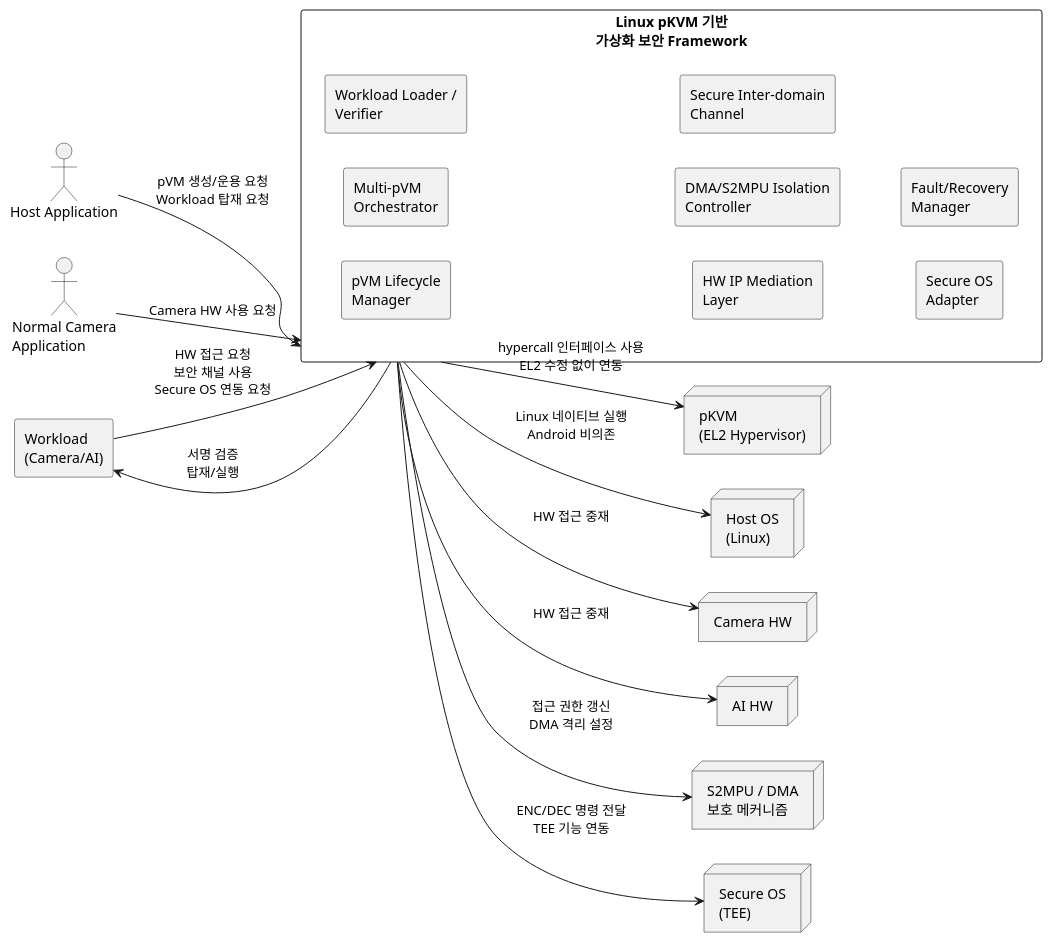
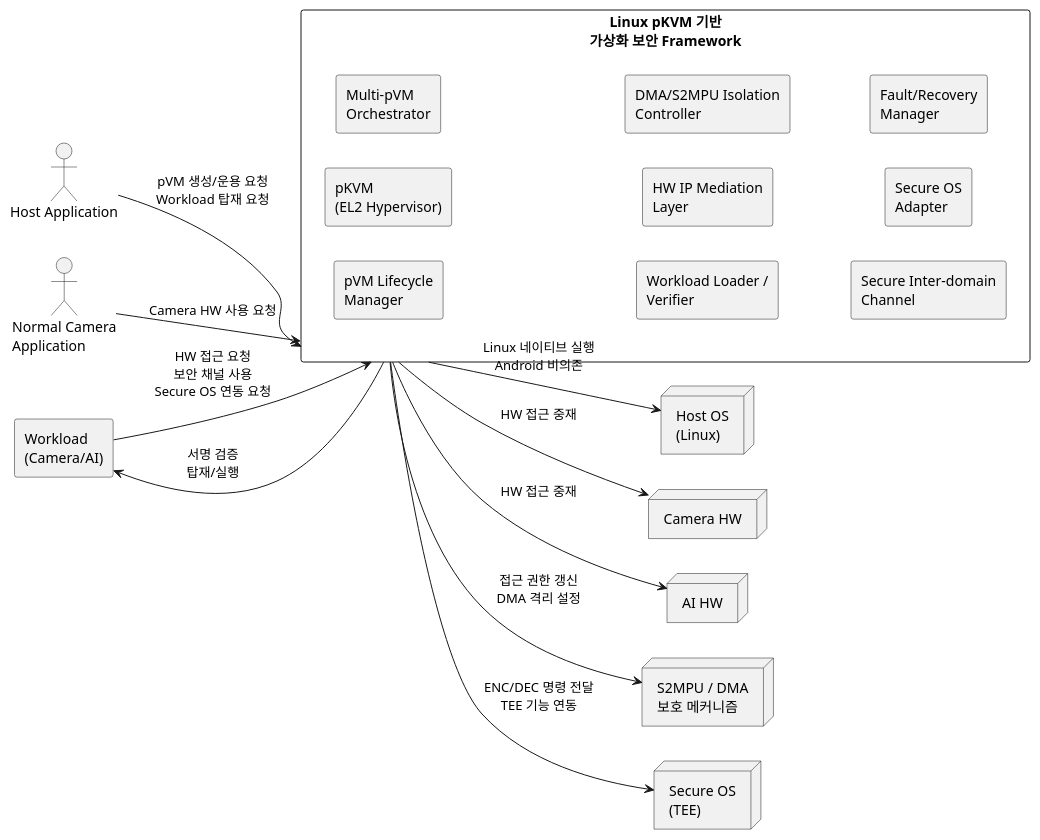
Before and after one commit to boram1288/test-p: the diagram in docs/05_context_view.md, drawn with PlantUML. The commit also changed other lines of this file and 10 other files, not shown here.

````diff
--- a/docs/05_context_view.md
+++ b/docs/05_context_view.md
@@ -49,42 +48,41 @@
 ```plantuml
 @startuml
 left to right direction
 
 skinparam packageStyle rectangle
 skinparam componentStyle rectangle
 
 rectangle "Linux pKVM 기반\n가상화 보안 Framework" as System {
   component "pVM Lifecycle\nManager" as PVM
+  component "pKVM\n(EL2 Hypervisor)" as PKVM
   component "Multi-pVM\nOrchestrator" as ORCH
   component "Workload Loader /\nVerifier" as LOADER
   component "HW IP Mediation\nLayer" as HWMD
   component "DMA/S2MPU Isolation\nController" as ISO
   component "Secure Inter-domain\nChannel" as CH
   component "Secure OS\nAdapter" as OSAD
   component "Fault/Recovery\nManager" as FAULT
 }
 
 actor "Host Application" as HostApp
 actor "Normal Camera\nApplication" as CamApp
 component "Workload\n(Camera/AI)" as Workload
-node "pKVM\n(EL2 Hypervisor)" as PKVM
 node "Host OS\n(Linux)" as HostOS
 node "Camera HW" as CameraHW
 node "AI HW" as AIHW
 node "S2MPU / DMA\n보호 메커니즘" as S2MPU
 node "Secure OS\n(TEE)" as SecureOS
 
 HostApp --> System : pVM 생성/운용 요청\nWorkload 탑재 요청
 CamApp --> System : Camera HW 사용 요청
 
 System --> Workload : 서명 검증\n탑재/실행
 Workload --> System : HW 접근 요청\n보안 채널 사용\nSecure OS 연동 요청
 
-System --> PKVM : hypercall 인터페이스 사용\nEL2 수정 없이 연동
 System --> HostOS : Linux 네이티브 실행\nAndroid 비의존
 System --> CameraHW : HW 접근 중재
 System --> AIHW : HW 접근 중재
 System --> S2MPU : 접근 권한 갱신\nDMA 격리 설정
 System --> SecureOS : ENC/DEC 명령 전달\nTEE 기능 연동
 @enduml
 ```
````
